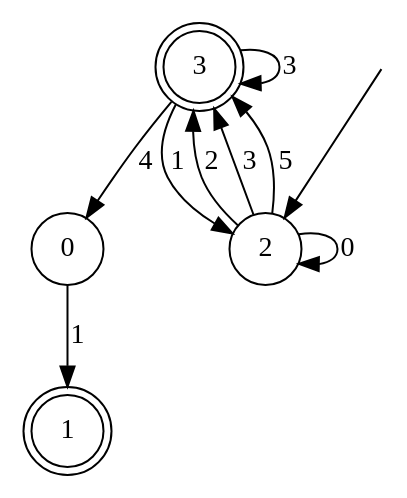
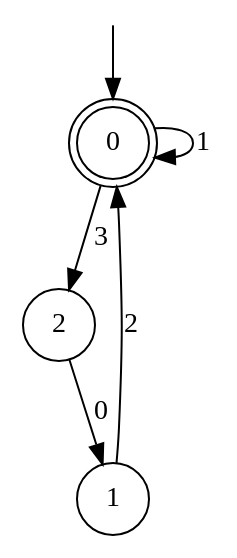
Before and after one commit to xinqin23/ShapeIt: the diagram in automaton_to_regex/automaton.dot, drawn with Graphviz. The commit also changed 97 other files, not shown here.

```diff
--- a/automaton_to_regex/automaton.dot
+++ b/automaton_to_regex/automaton.dot
@@ -1,19 +1,14 @@
 digraph g {
 
-	s0 [shape="circle" label="0"];
-	s1 [shape="doublecircle" label="1"];
+	s0 [shape="doublecircle" label="0"];
+	s1 [shape="circle" label="1"];
 	s2 [shape="circle" label="2"];
-	s3 [shape="doublecircle" label="3"];
-	s0 -> s1 [label="1"];
-	s2 -> s2 [label="0"];
-	s2 -> s3 [label="2"];
-	s2 -> s3 [label="3"];
-	s2 -> s3 [label="5"];
-	s3 -> s2 [label="1"];
-	s3 -> s3 [label="3"];
-	s3 -> s0 [label="4"];
+	s0 -> s0 [label="1"];
+	s0 -> s2 [label="3"];
+	s1 -> s0 [label="2"];
+	s2 -> s1 [label="0"];
 
 __start0 [label="" shape="none" width="0" height="0"];
-__start0 -> s2;
+__start0 -> s0;
 
 }
```
